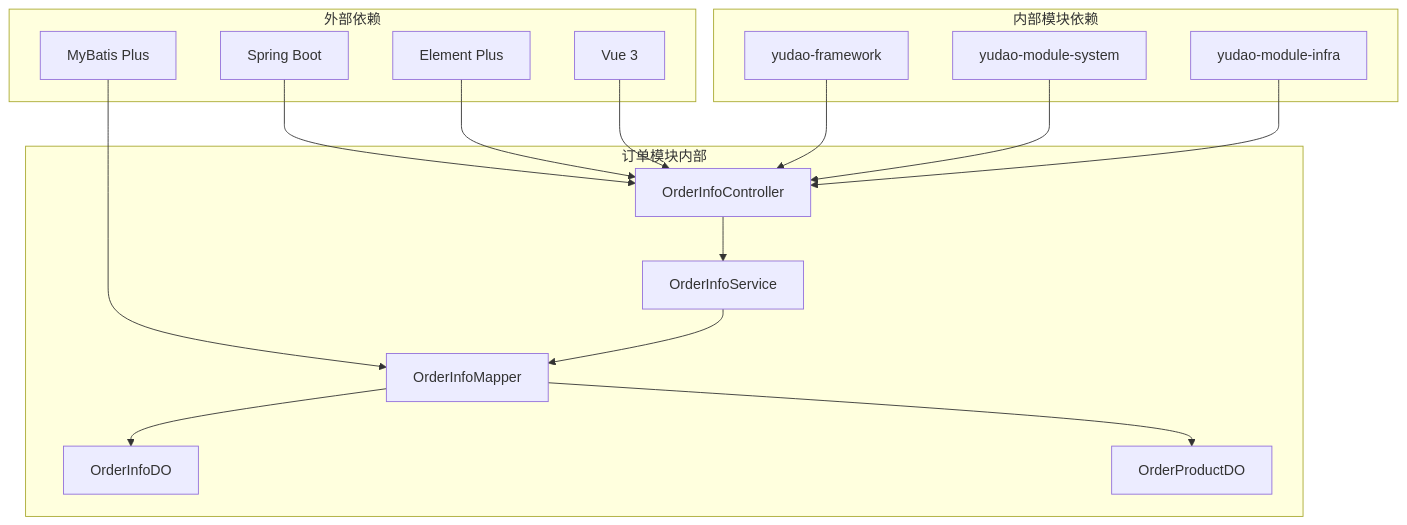
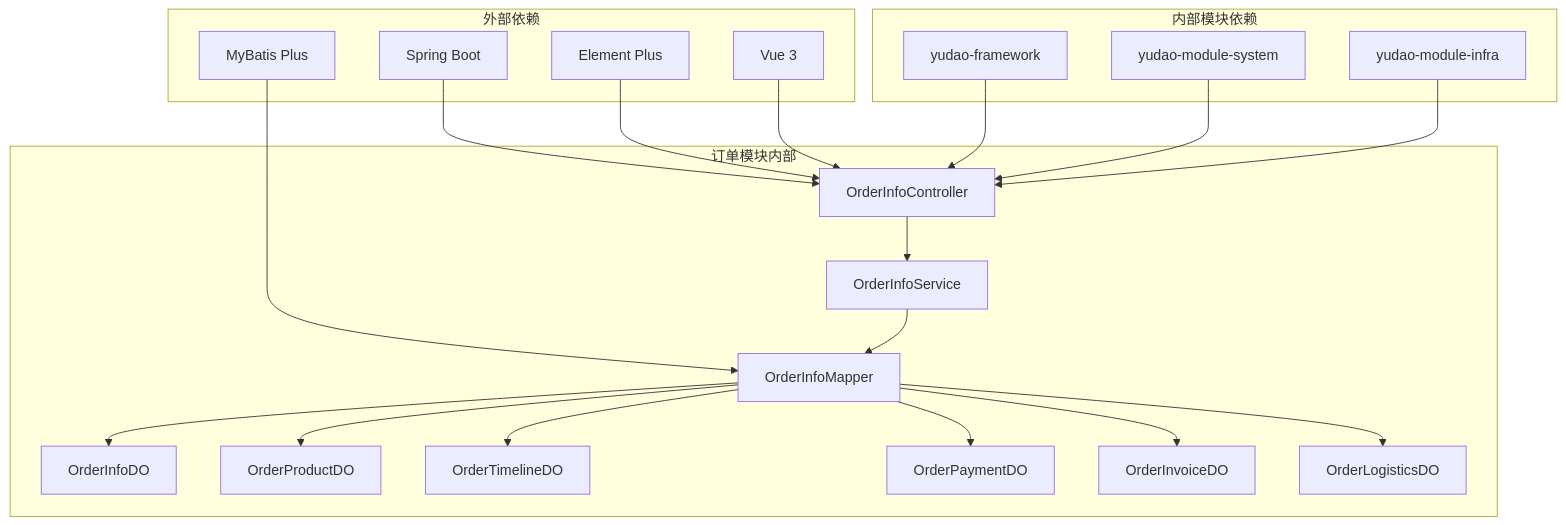
One commit to xiaoche80s-tech/rouyi-vue-pro changed the ninth of 9 diagrams in .qoder/repowiki/zh/content/核心模块/运营中心模块/订单管理模块.md. Above: the diagram before and after it, drawn with Mermaid. The commit also changed other lines of this file and 331 other files, not shown here.

````diff
--- a/.qoder/repowiki/zh/content/核心模块/运营中心模块/订单管理模块.md
+++ b/.qoder/repowiki/zh/content/核心模块/运营中心模块/订单管理模块.md
@@ -371,32 +485,40 @@
 ```mermaid
 graph TB
 subgraph "外部依赖"
 A[Spring Boot]
 B[MyBatis Plus]
 C[Element Plus]
 D[Vue 3]
 end
 subgraph "内部模块依赖"
 E[yudao-framework]
 F[yudao-module-system]
 G[yudao-module-infra]
 end
 subgraph "订单模块内部"
 H[OrderInfoController]
 I[OrderInfoService]
 J[OrderInfoMapper]
 K[OrderInfoDO]
 L[OrderProductDO]
+M[OrderTimelineDO]
+N[OrderPaymentDO]
+O[OrderInvoiceDO]
+P[OrderLogisticsDO]
 end
 A --> H
 B --> J
 C --> H
 D --> H
 E --> H
 F --> H
 G --> H
 H --> I
 I --> J
 J --> K
 J --> L
+J --> M
+J --> N
+J --> O
+J --> P
 ```
````
